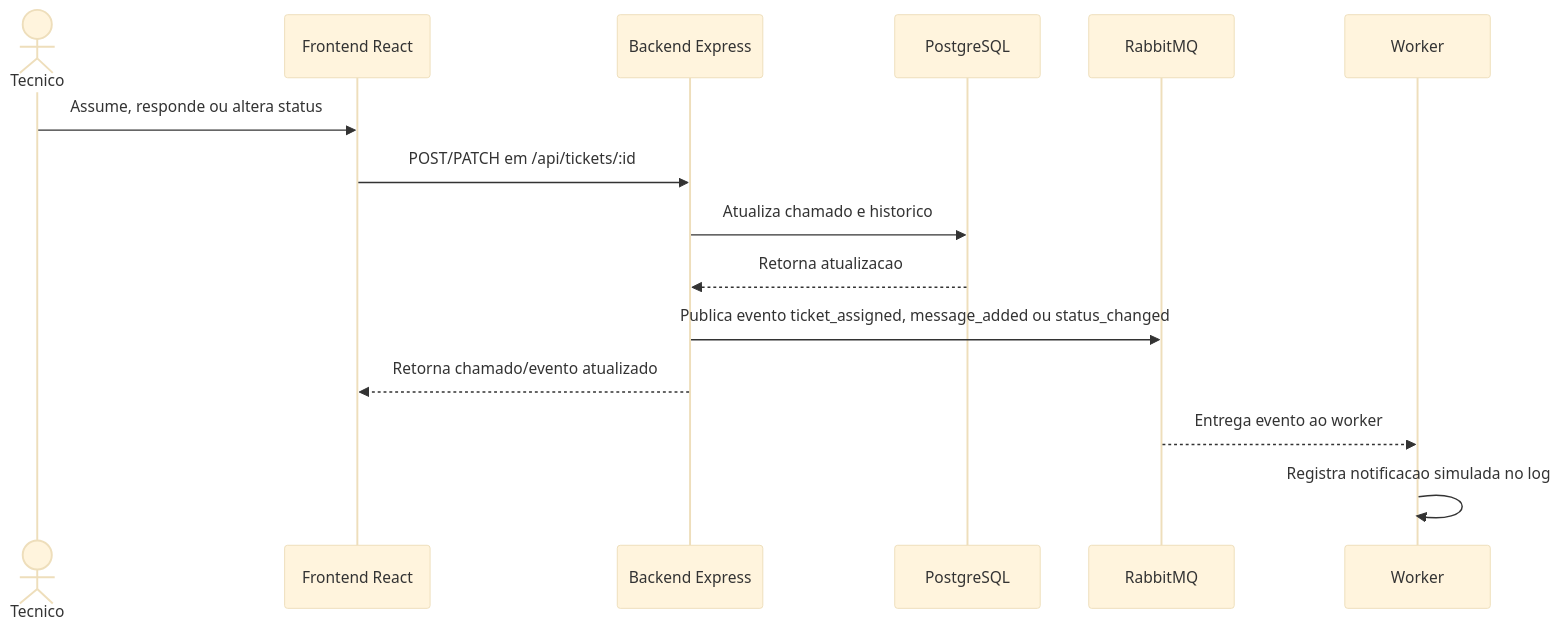
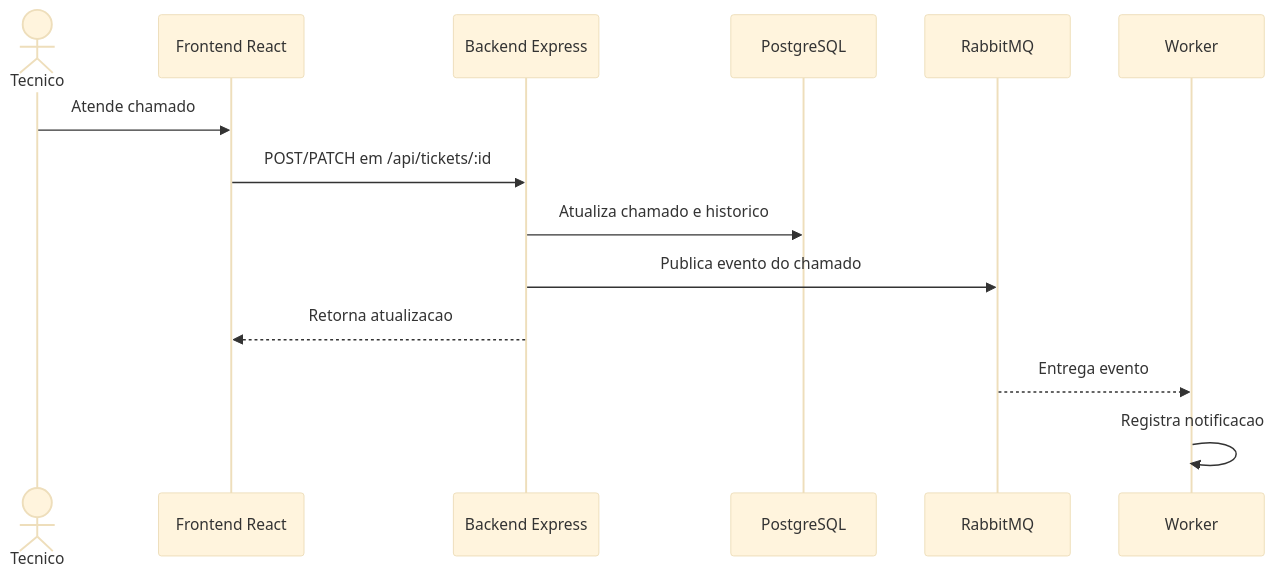
The third of 3 diagrams in docs/arquitetura/diagrama-arquitetura.md (leoguimaraes49/projeto-integrador-chamados), drawn with Mermaid (base theme) before and after one commit. The commit also changed other lines of this file, not shown here.

Commit message:
docs(architecture): simplify deployment view

````diff
--- a/docs/arquitetura/diagrama-arquitetura.md
+++ b/docs/arquitetura/diagrama-arquitetura.md
@@ -57,18 +54,17 @@
 ```mermaid
 sequenceDiagram
   actor T as Tecnico
   participant F as Frontend React
   participant A as Backend Express
   participant D as PostgreSQL
   participant R as RabbitMQ
   participant W as Worker
 
-  T->>F: Assume, responde ou altera status
+  T->>F: Atende chamado
   F->>A: POST/PATCH em /api/tickets/:id
   A->>D: Atualiza chamado e historico
-  D-->>A: Retorna atualizacao
-  A->>R: Publica evento ticket_assigned, message_added ou status_changed
-  A-->>F: Retorna chamado/evento atualizado
-  R-->>W: Entrega evento ao worker
-  W->>W: Registra notificacao simulada no log
+  A->>R: Publica evento do chamado
+  A-->>F: Retorna atualizacao
+  R-->>W: Entrega evento
+  W->>W: Registra notificacao
 ```
````
